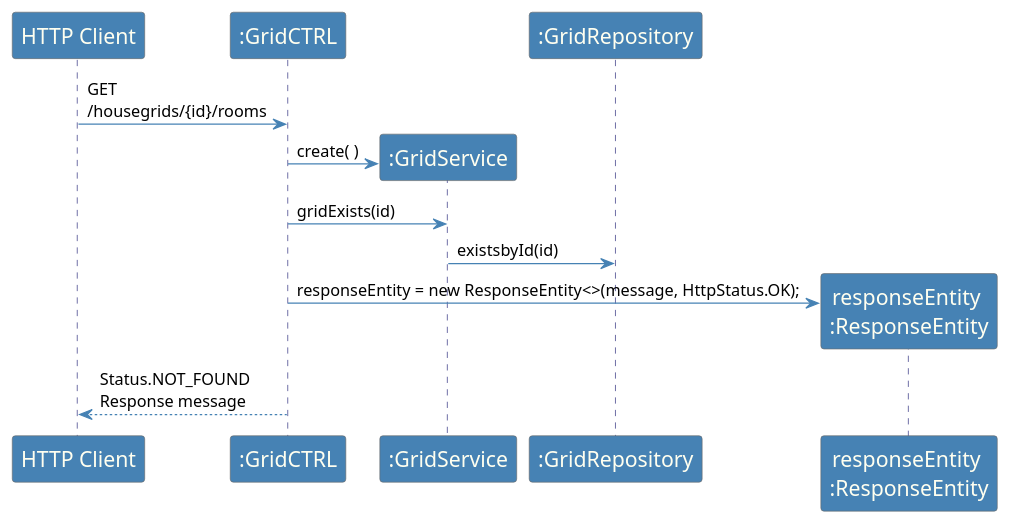
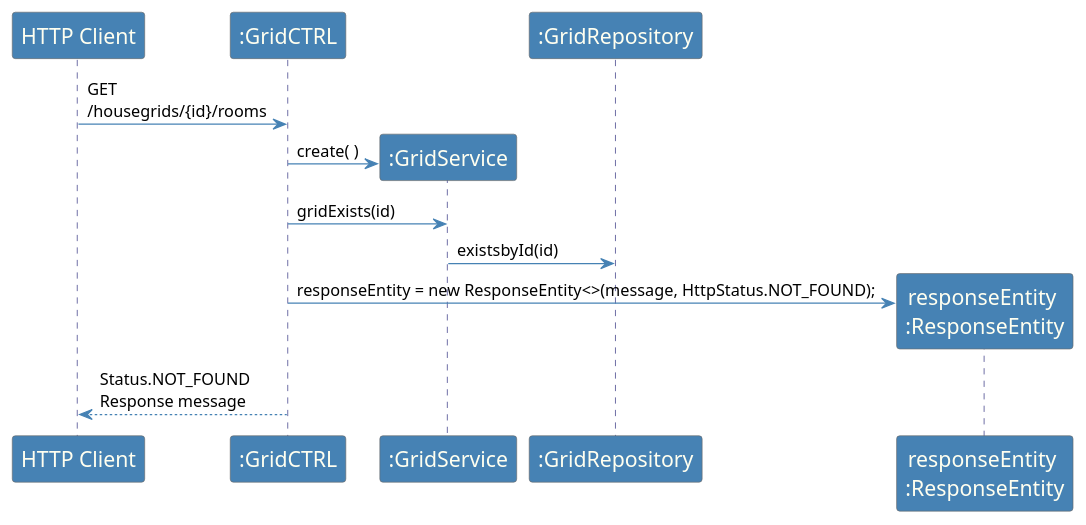
Before and after one commit to emanuel-pereira/hou: the diagram in src/main/java/smarthome/controller/rest/sequenceDiagrams/sd_ListRoomsInHG_2.puml, drawn with PlantUML.

Commit message:
Addresses #235, MINOR UPDATE TO CORRECT http STATUS message from OK to NOT_FOUND;

```diff
--- a/src/main/java/smarthome/controller/rest/sequenceDiagrams/sd_ListRoomsInHG_2.puml
+++ b/src/main/java/smarthome/controller/rest/sequenceDiagrams/sd_ListRoomsInHG_2.puml
@@ -1,37 +1,37 @@
 @startuml
 
 skinparam sequence {
 	ArrowColor SteelBlue
 	ActorBorderColor Dimgray
 	LifeLineBorderColor MidnightBlue
 	LifeLineBackgroundColor #A9DCDF
 
 	ParticipantBorderColor Dimgray
 	ParticipantBackgroundColor SteelBlue
 	ParticipantFontName Calibri Bold
 	ParticipantFontSize 17
 	ParticipantFontColor Ivory
 
 	ActorBackgroundColor SteelBlue
 	ActorFontColor MidnightBlue
 	ActorFontSize 17
 	ActorFontName Aapex
 }
 
 skinparam note {
 BorderColor SteelBlue
 }
 
 "HTTP Client" -> ":GridCTRL": GET \n/housegrids/{id}/rooms
 
 create ":GridService"
 ":GridCTRL" -> ":GridService" : create( )
 ":GridCTRL" -> ":GridService" : gridExists(id)
 
 ":GridService" -> ":GridRepository" : existsbyId(id)
 
 create "responseEntity \n:ResponseEntity"
-":GridCTRL" ->  "responseEntity \n:ResponseEntity": responseEntity = new ResponseEntity<>(message, HttpStatus.OK);
+":GridCTRL" ->  "responseEntity \n:ResponseEntity": responseEntity = new ResponseEntity<>(message, HttpStatus.NOT_FOUND);
 
 ":GridCTRL" --> "HTTP Client" : Status.NOT_FOUND \nResponse message
 @enduml
```
